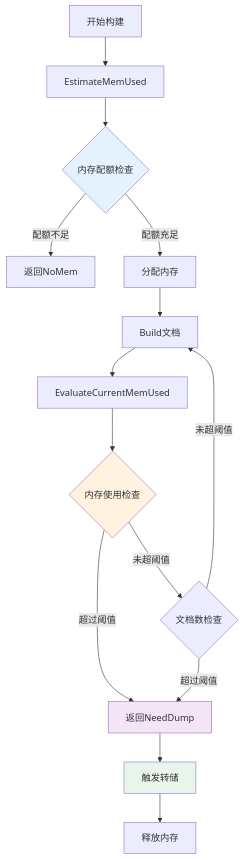
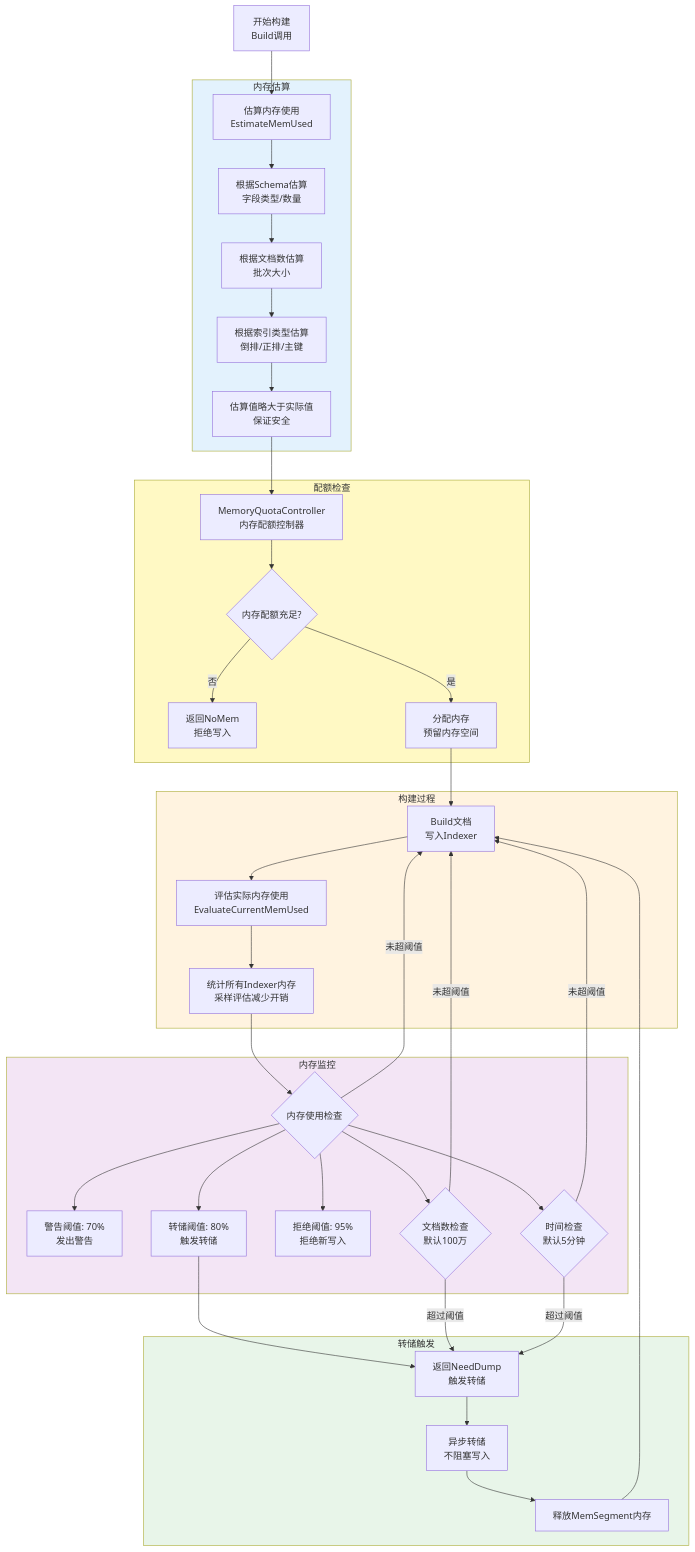
The ninth of 28 diagrams in _posts/2025-06-03-indexlib-3-build-flow.md (zhouzhilong-commits/zhouzhilong-commits.github.io), drawn with Mermaid before and after one commit. The commit also changed other lines of this file and 161 other files, not shown here.

````diff
--- a/_posts/2025-06-03-indexlib-3-build-flow.md
+++ b/_posts/2025-06-03-indexlib-3-build-flow.md
@@ -382,21 +576,72 @@
 ```mermaid
-graph TD
-    A[开始构建] --> B[EstimateMemUsed]
-    B --> C{内存配额检查}
-    C -->|配额不足| D[返回NoMem]
-    C -->|配额充足| E[分配内存]
-    E --> F[Build文档]
-    F --> G[EvaluateCurrentMemUsed]
-    G --> H{内存使用检查}
-    H -->|未超阈值| I{文档数检查}
-    H -->|超过阈值| J[返回NeedDump]
-    I -->|未超阈值| F
-    I -->|超过阈值| J
-    J --> K[触发转储]
-    K --> L[释放内存]
+flowchart TD
+    A[开始构建<br/>Build调用] --> B[估算内存使用<br/>EstimateMemUsed]
     
-    style C fill:#e3f2fd
-    style H fill:#fff3e0
-    style J fill:#f3e5f5
-    style K fill:#e8f5e9
+    subgraph Estimate["内存估算"]
+        B1[根据Schema估算<br/>字段类型/数量]
+        B2[根据文档数估算<br/>批次大小]
+        B3[根据索引类型估算<br/>倒排/正排/主键]
+        B4[估算值略大于实际值<br/>保证安全]
+        B --> B1
+        B1 --> B2
+        B2 --> B3
+        B3 --> B4
+    end
+    
+    subgraph Check["配额检查"]
+        C1[MemoryQuotaController<br/>内存配额控制器]
+        C2{内存配额充足?}
+        C3[返回NoMem<br/>拒绝写入]
+        C4[分配内存<br/>预留内存空间]
+        B4 --> C1
+        C1 --> C2
+        C2 -->|否| C3
+        C2 -->|是| C4
+    end
+    
+    subgraph Build["构建过程"]
+        D1[Build文档<br/>写入Indexer]
+        D2[评估实际内存使用<br/>EvaluateCurrentMemUsed]
+        D3[统计所有Indexer内存<br/>采样评估减少开销]
+        C4 --> D1
+        D1 --> D2
+        D2 --> D3
+    end
+    
+    subgraph Monitor["内存监控"]
+        E1{内存使用检查}
+        E2[警告阈值: 70%<br/>发出警告]
+        E3[转储阈值: 80%<br/>触发转储]
+        E4[拒绝阈值: 95%<br/>拒绝新写入]
+        E5{文档数检查<br/>默认100万}
+        E6{时间检查<br/>默认5分钟}
+        D3 --> E1
+        E1 --> E2
+        E1 --> E3
+        E1 --> E4
+        E1 --> E5
+        E1 --> E6
+    end
+    
+    subgraph Dump["转储触发"]
+        F1[返回NeedDump<br/>触发转储]
+        F2[异步转储<br/>不阻塞写入]
+        F3[释放MemSegment内存]
+        E3 --> F1
+        E5 -->|超过阈值| F1
+        E6 -->|超过阈值| F1
+        F1 --> F2
+        F2 --> F3
+        F3 --> D1
+    end
+    
+    E1 -->|未超阈值| D1
+    E5 -->|未超阈值| D1
+    E6 -->|未超阈值| D1
+    
+    style Estimate fill:#e3f2fd
+    style Check fill:#fff9c4
+    style Build fill:#fff3e0
+    style Monitor fill:#f3e5f5
+    style Dump fill:#e8f5e9
 ```
````
